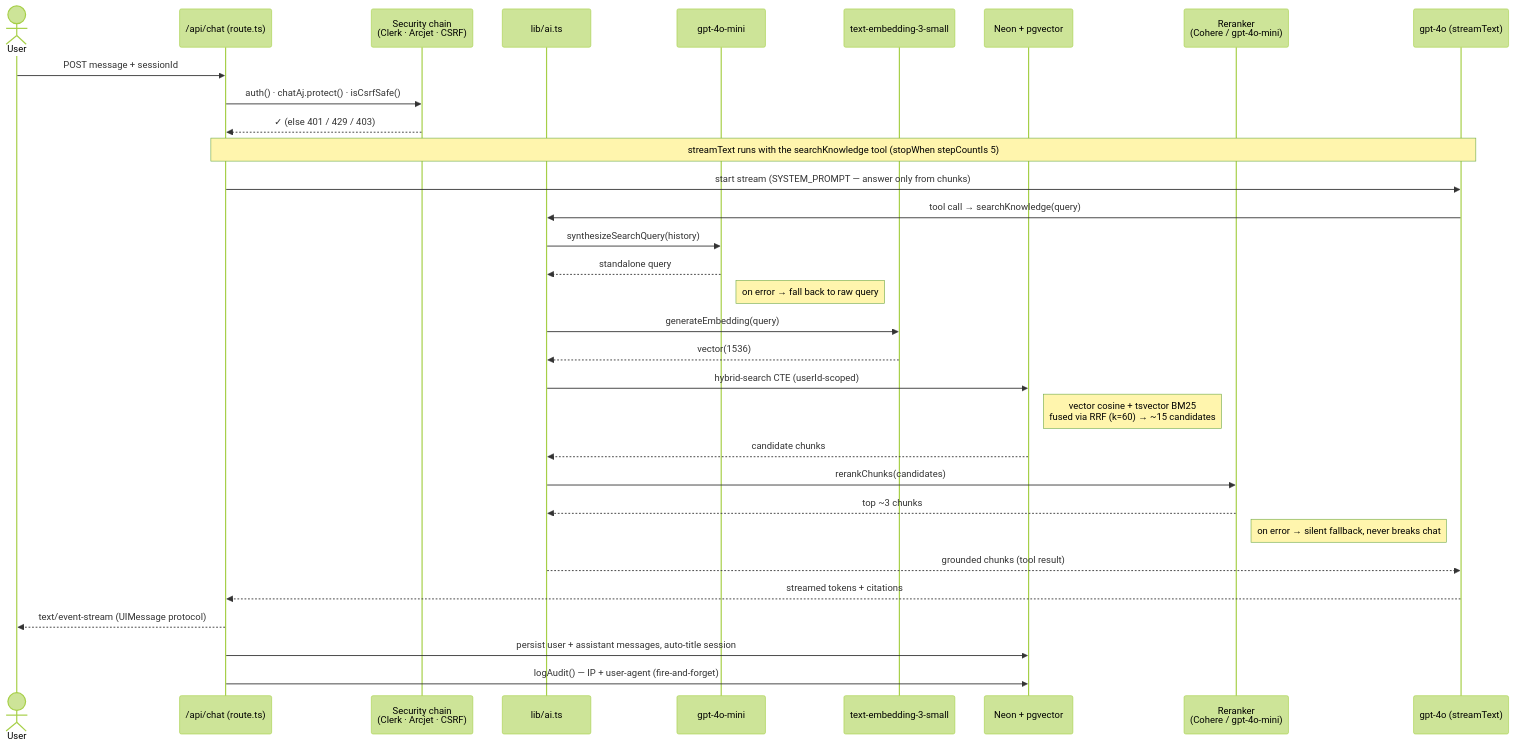
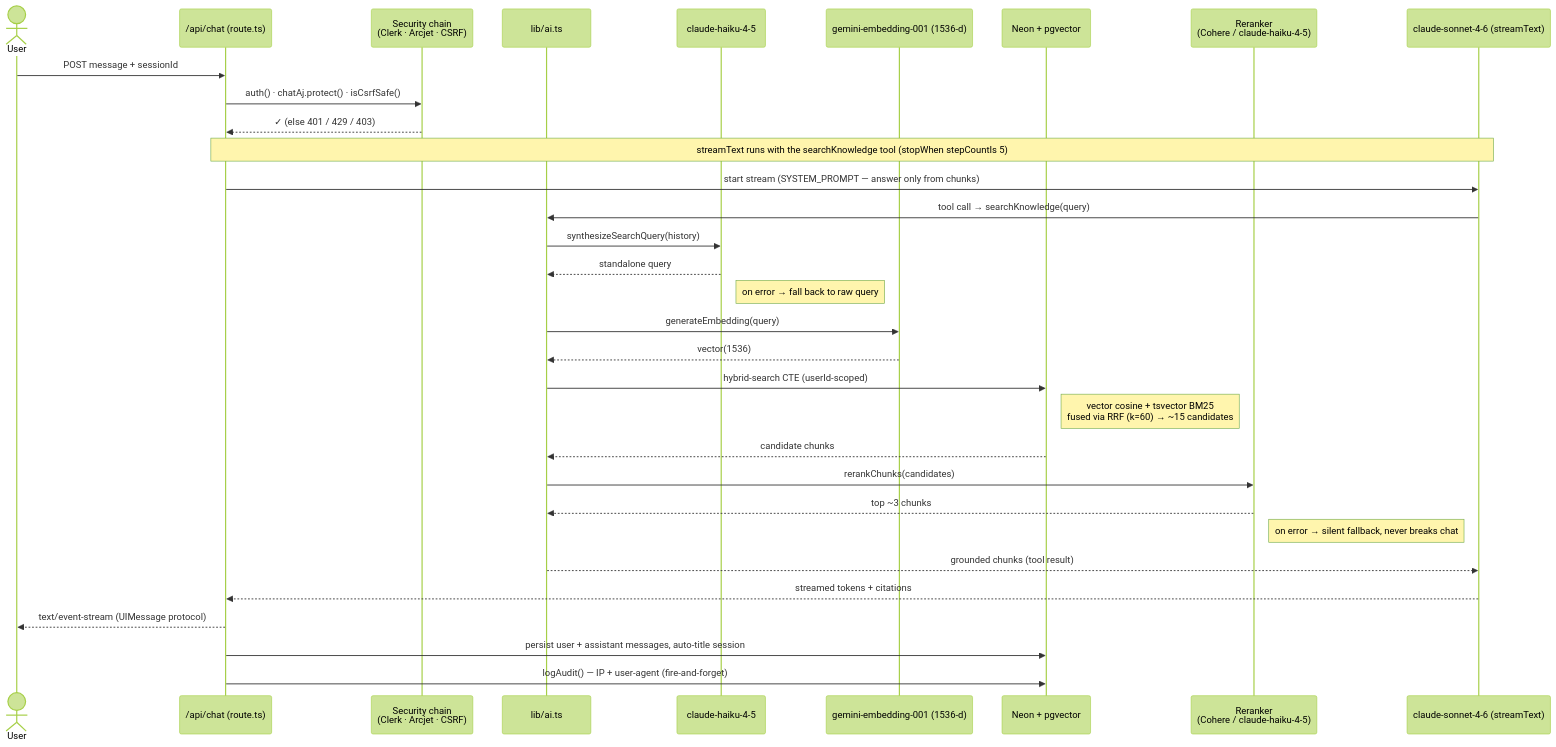
The second of 3 diagrams in SYSTEM_ARCHITECTURE.md (bilalzafar256/knowledge-assistant), drawn with Mermaid (forest theme) before and after one commit. The commit also changed other lines of this file and 17 other files, not shown here.

First line of the commit message:
feat(ai): move generation to Claude, embeddings to Google Gemini

````diff
--- a/SYSTEM_ARCHITECTURE.md
+++ b/SYSTEM_ARCHITECTURE.md
@@ -86,42 +89,42 @@
 ```mermaid
 sequenceDiagram
     actor U as User
     participant API as /api/chat (route.ts)
     participant Sec as Security chain<br/>(Clerk · Arcjet · CSRF)
     participant AI as lib/ai.ts
-    participant Mini as gpt-4o-mini
-    participant Emb as text-embedding-3-small
+    participant Mini as claude-haiku-4-5
+    participant Emb as gemini-embedding-001 (1536-d)
     participant DB as Neon + pgvector
-    participant RR as Reranker<br/>(Cohere / gpt-4o-mini)
-    participant Chat as gpt-4o (streamText)
+    participant RR as Reranker<br/>(Cohere / claude-haiku-4-5)
+    participant Chat as claude-sonnet-4-6 (streamText)
 
     U->>API: POST message + sessionId
     API->>Sec: auth() · chatAj.protect() · isCsrfSafe()
     Sec-->>API: ✓ (else 401 / 429 / 403)
 
     Note over API,Chat: streamText runs with the searchKnowledge tool (stopWhen stepCountIs 5)
     API->>Chat: start stream (SYSTEM_PROMPT — answer only from chunks)
     Chat->>AI: tool call → searchKnowledge(query)
 
     AI->>Mini: synthesizeSearchQuery(history)
     Mini-->>AI: standalone query
     Note right of Mini: on error → fall back to raw query
 
     AI->>Emb: generateEmbedding(query)
     Emb-->>AI: vector(1536)
 
     AI->>DB: hybrid-search CTE (userId-scoped)
     Note right of DB: vector cosine + tsvector BM25<br/>fused via RRF (k=60) → ~15 candidates
     DB-->>AI: candidate chunks
 
     AI->>RR: rerankChunks(candidates)
     RR-->>AI: top ~3 chunks
     Note right of RR: on error → silent fallback, never breaks chat
 
     AI-->>Chat: grounded chunks (tool result)
     Chat-->>API: streamed tokens + citations
     API-->>U: text/event-stream (UIMessage protocol)
 
     API->>DB: persist user + assistant messages, auto-title session
     API->>DB: logAudit() — IP + user-agent (fire-and-forget)
 ```
````
